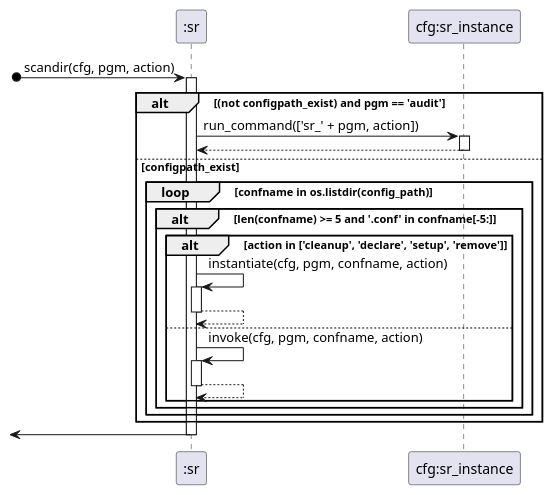
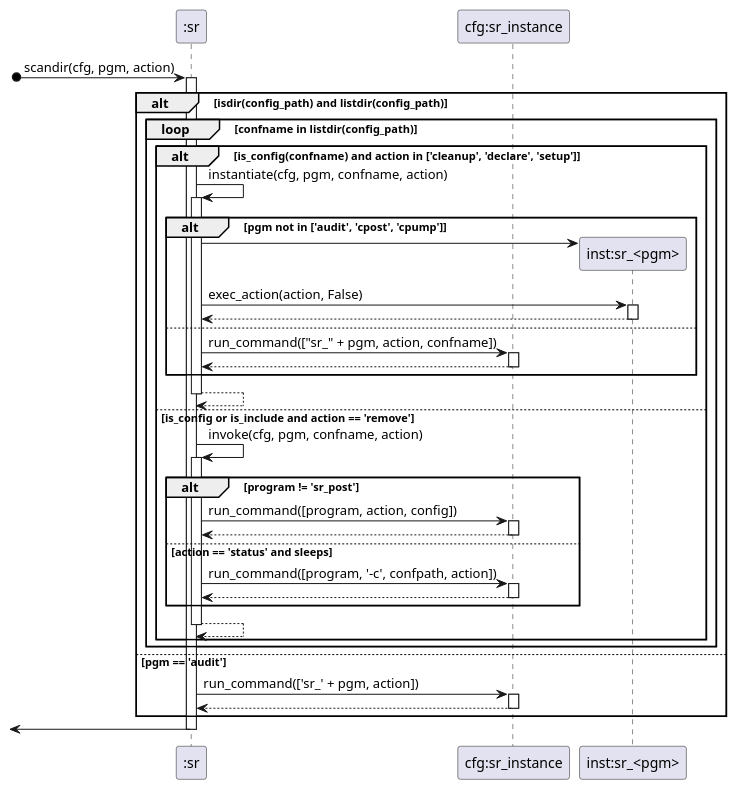
One commit to AndrewBergen/sarracenia changed the diagram in doc/design/uml/sr_scandir.puml. Above: the diagram before and after it, drawn with PlantUML. The commit also changed 1 other file, not shown here.

Commit message:
Completed cleanup and diagram.

```diff
--- a/doc/design/uml/sr_scandir.puml
+++ b/doc/design/uml/sr_scandir.puml
@@ -1,30 +1,50 @@
 @startuml
 participant ":sr" as sr
 participant "cfg:sr_instance" as cfg
+participant "inst:sr_<pgm>" as inst
 
 
 [o-> sr: scandir(cfg, pgm, action)
 activate sr
 
-alt (not configpath_exist) and pgm == 'audit'
+alt isdir(config_path) and listdir(config_path)
+ loop confname in listdir(config_path)
+  alt is_config(confname) and action in ['cleanup', 'declare', 'setup']
+    sr -> sr: instantiate(cfg, pgm, confname, action)
+    activate sr
+    alt pgm not in ['audit', 'cpost', 'cpump']
+     create inst
+     sr -> inst
+     sr -> inst: exec_action(action, False)
+     activate inst
+     return
+    else
+     sr -> cfg: run_command(["sr_" + pgm, action, confname])
+     activate cfg
+     return
+    end alt
+    return
+  else is_config or is_include and action == 'remove'
+    sr -> sr: invoke(cfg, pgm, confname, action)
+    activate sr
+    alt program != 'sr_post'
+     sr -> cfg: run_command([program, action, config])
+     activate cfg
+     return
+    else action == 'status' and sleeps
+     sr -> cfg: run_command([program, '-c', confpath, action])
+     activate cfg
+     return
+    end alt
+    return
+
+  end alt
+ end loop
+else pgm == 'audit'
  sr -> cfg: run_command(['sr_' + pgm, action])
  activate cfg
  return
-else configpath_exist
- loop confname in os.listdir(config_path)
-  alt len(confname) >= 5 and '.conf' in confname[-5:]
-   alt action in ['cleanup', 'declare', 'setup', 'remove']
-    sr -> sr: instantiate(cfg, pgm, confname, action)
-    activate sr
-    return
-   else
-    sr -> sr: invoke(cfg, pgm, confname, action)
-    activate sr
-    return
-   end alt
-  end alt
- end loop
 end alt
 [<- sr
 deactivate sr
 @enduml
```
